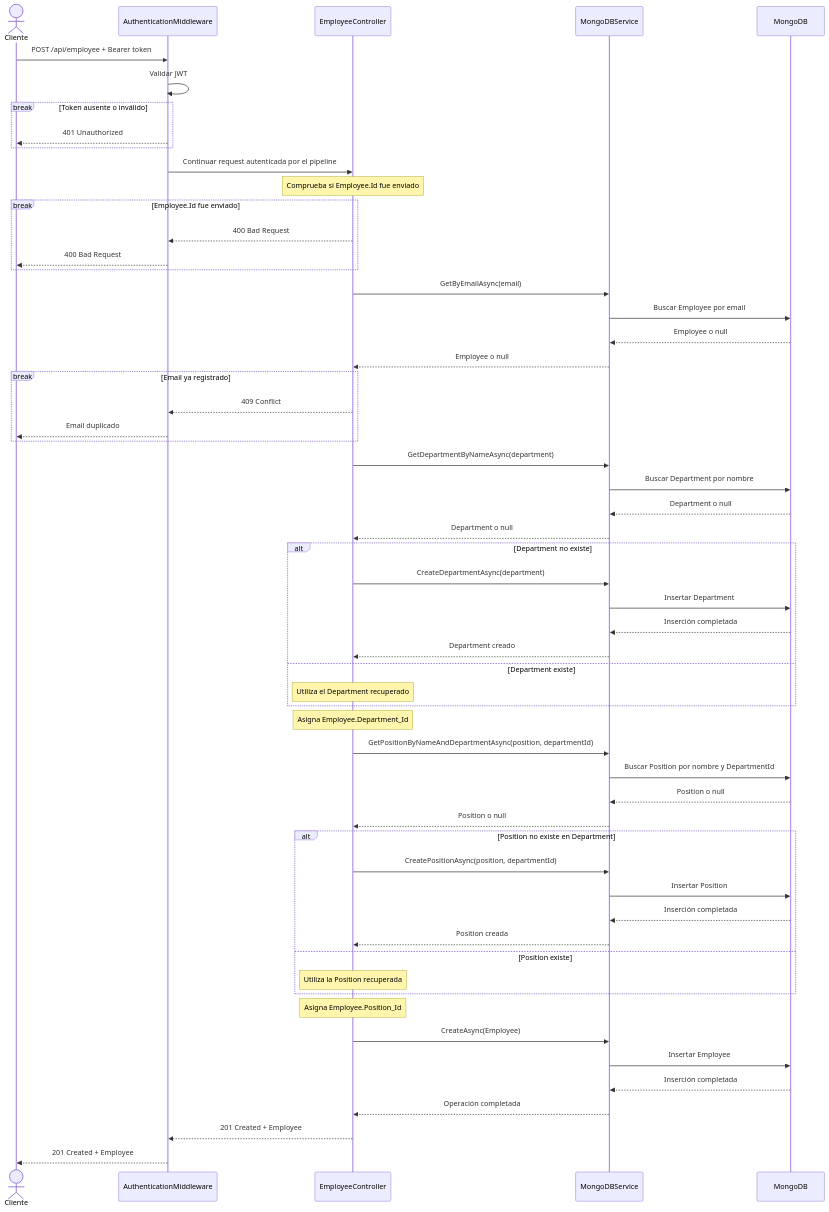
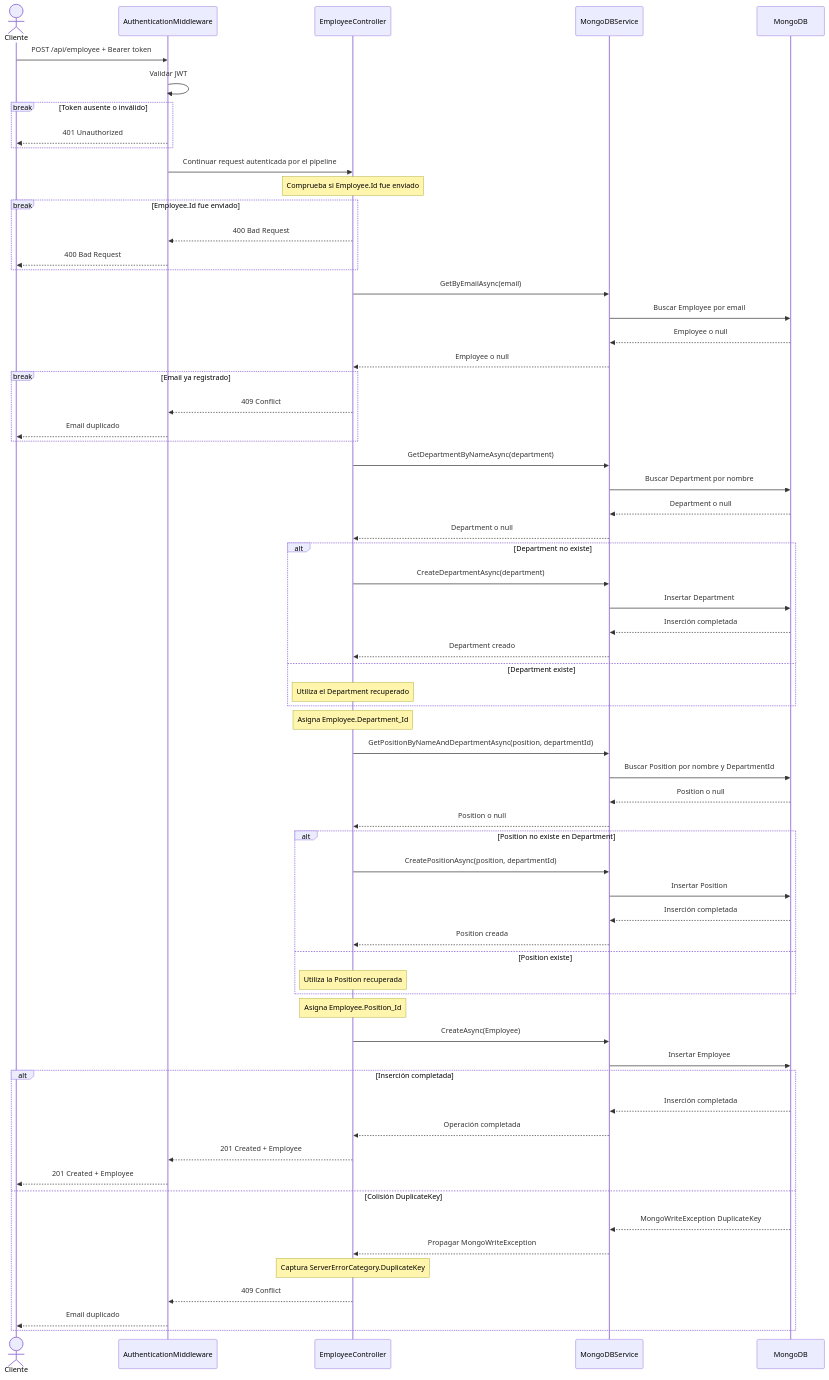
The third of 5 diagrams in ANALISIS_TECNICO.md (Manuu201/EmployeeAPI-Challenge), drawn with Mermaid before and after one commit. The commit also changed other lines of this file and 1 other file, not shown here.

````diff
--- a/ANALISIS_TECNICO.md
+++ b/ANALISIS_TECNICO.md
@@ -612,70 +612,79 @@
 ```mermaid
 sequenceDiagram
     actor Cliente
     participant Middleware as AuthenticationMiddleware
     participant Controller as EmployeeController
     participant Service as MongoDBService
     participant DB as MongoDB
 
     Cliente->>Middleware: POST /api/employee + Bearer token
     Middleware->>Middleware: Validar JWT
 
     break Token ausente o inválido
         Middleware-->>Cliente: 401 Unauthorized
     end
 
     Middleware->>Controller: Continuar request autenticada por el pipeline
     Note over Controller: Comprueba si Employee.Id fue enviado
 
     break Employee.Id fue enviado
         Controller-->>Middleware: 400 Bad Request
         Middleware-->>Cliente: 400 Bad Request
     end
 
     Controller->>Service: GetByEmailAsync(email)
     Service->>DB: Buscar Employee por email
     DB-->>Service: Employee o null
     Service-->>Controller: Employee o null
 
     break Email ya registrado
         Controller-->>Middleware: 409 Conflict
         Middleware-->>Cliente: Email duplicado
     end
 
     Controller->>Service: GetDepartmentByNameAsync(department)
     Service->>DB: Buscar Department por nombre
     DB-->>Service: Department o null
     Service-->>Controller: Department o null
 
     alt Department no existe
         Controller->>Service: CreateDepartmentAsync(department)
         Service->>DB: Insertar Department
         DB-->>Service: Inserción completada
         Service-->>Controller: Department creado
     else Department existe
         Note over Controller: Utiliza el Department recuperado
     end
 
     Note over Controller: Asigna Employee.Department_Id
     Controller->>Service: GetPositionByNameAndDepartmentAsync(position, departmentId)
     Service->>DB: Buscar Position por nombre y DepartmentId
     DB-->>Service: Position o null
     Service-->>Controller: Position o null
 
     alt Position no existe en Department
         Controller->>Service: CreatePositionAsync(position, departmentId)
         Service->>DB: Insertar Position
         DB-->>Service: Inserción completada
         Service-->>Controller: Position creada
     else Position existe
         Note over Controller: Utiliza la Position recuperada
     end
 
     Note over Controller: Asigna Employee.Position_Id
     Controller->>Service: CreateAsync(Employee)
     Service->>DB: Insertar Employee
-    DB-->>Service: Inserción completada
-    Service-->>Controller: Operación completada
-    Controller-->>Middleware: 201 Created + Employee
-    Middleware-->>Cliente: 201 Created + Employee
+
+    alt Inserción completada
+        DB-->>Service: Inserción completada
+        Service-->>Controller: Operación completada
+        Controller-->>Middleware: 201 Created + Employee
+        Middleware-->>Cliente: 201 Created + Employee
+    else Colisión DuplicateKey
+        DB-->>Service: MongoWriteException DuplicateKey
+        Service-->>Controller: Propagar MongoWriteException
+        Note over Controller: Captura ServerErrorCategory.DuplicateKey
+        Controller-->>Middleware: 409 Conflict
+        Middleware-->>Cliente: Email duplicado
+    end
 ```
````
